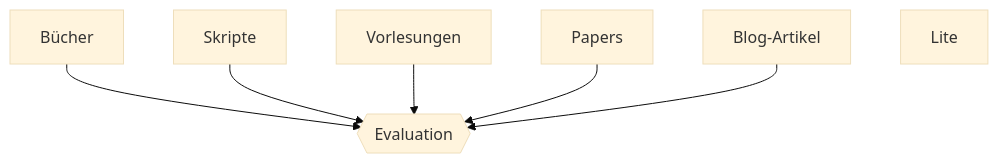
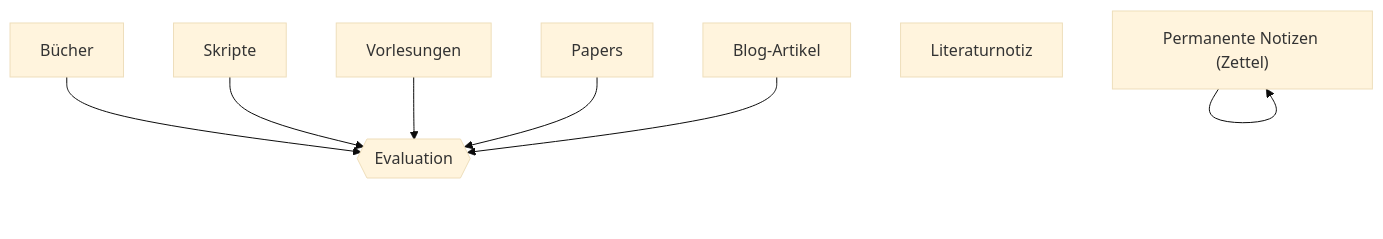
The diagram in System/Informationsverarbeitung.md (julianstoerig/zettelkasten), drawn with Mermaid (base theme) before and after one commit.

Commit message:
automatic version-control: 2021-01-11 22:26:50

````diff
--- a/System/Informationsverarbeitung.md
+++ b/System/Informationsverarbeitung.md
@@ -1,16 +1,19 @@
 ```mermaid
 graph TD;
 
 B["Bücher"]
 S["Skripte"]
 V["Vorlesungen"]
 P["Papers"]
 A["Blog-Artikel"]
 
 E{{"Evaluation"}}
 
-L["Lite"]
+L["Literaturnotiz"]
+Z["Permanente Notizen (Zettel)"]
 
-B & S & V & P & A --> E;
+B & S & V & P & A --> E
+
+Z -->Z
 
 ```
````
